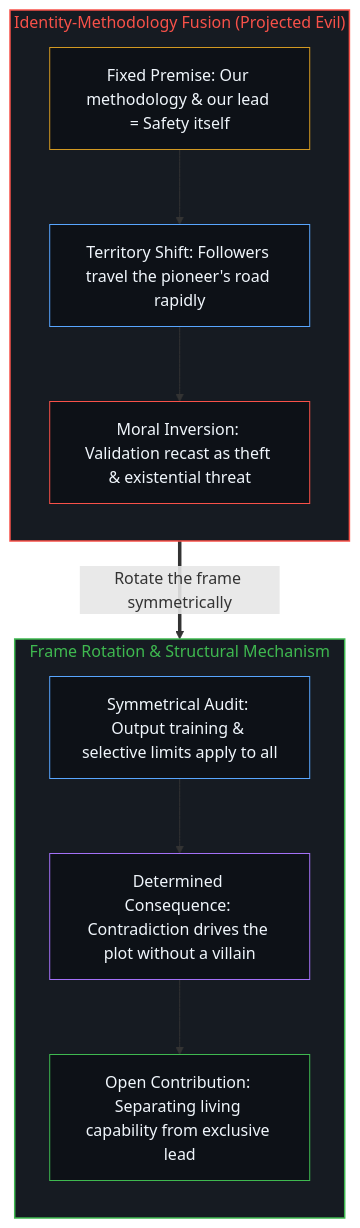
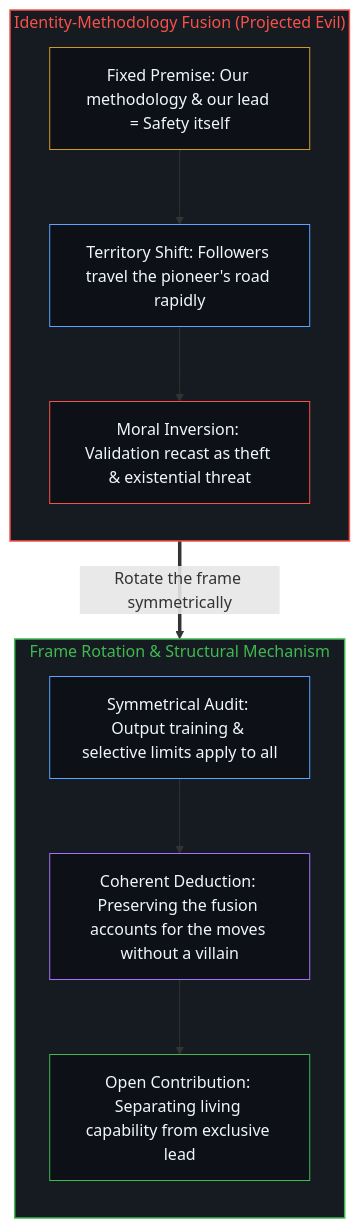
Before and after one commit to powerpig99/not-a-toe: the second of 2 diagrams in content/posts/evil-as-projected-resistance.md, drawn with Mermaid. The commit also changed other lines of this file and 3 other files, not shown here.

````diff
--- a/content/posts/evil-as-projected-resistance.md
+++ b/content/posts/evil-as-projected-resistance.md
@@ -58,26 +58,26 @@
 ```mermaid
 flowchart TD
     subgraph S_Fusion["Identity-Methodology Fusion (Projected Evil)"]
         direction TB
         P_Fix["Fixed Premise: Our methodology & our lead = Safety itself"]
         P_Valid["Territory Shift: Followers travel the pioneer's road rapidly"]
         P_Invert["Moral Inversion: Validation recast as theft & existential threat"]
         P_Fix --> P_Valid --> P_Invert
     end
     subgraph S_Rotate["Frame Rotation & Structural Mechanism"]
         direction TB
         R_Sym["Symmetrical Audit: Output training & selective limits apply to all"]
-        R_Mech["Determined Consequence: Contradiction drives the plot without a villain"]
+        R_Mech["Coherent Deduction: Preserving the fusion accounts for the moves without a villain"]
         R_Contribute["Open Contribution: Separating living capability from exclusive lead"]
         R_Sym --> R_Mech --> R_Contribute
     end
     P_Invert ==>|"Rotate the frame symmetrically"| R_Sym
     style S_Fusion fill:#161b22,stroke:#f85149,stroke-width:1.5px,color:#f85149
     style S_Rotate fill:#161b22,stroke:#3fb950,stroke-width:1.5px,color:#3fb950
     style P_Fix fill:#0d1117,stroke:#d29922,stroke-width:1px,color:#f0f6fc
     style P_Valid fill:#0d1117,stroke:#58a6ff,stroke-width:1px,color:#f0f6fc
     style P_Invert fill:#0d1117,stroke:#f85149,stroke-width:1px,color:#f0f6fc
     style R_Sym fill:#0d1117,stroke:#58a6ff,stroke-width:1px,color:#f0f6fc
     style R_Mech fill:#0d1117,stroke:#a371f7,stroke-width:1px,color:#f0f6fc
     style R_Contribute fill:#0d1117,stroke:#3fb950,stroke-width:1px,color:#f0f6fc
 ```
````
